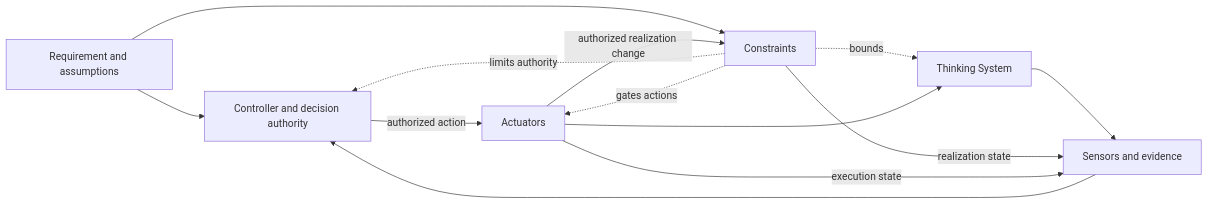
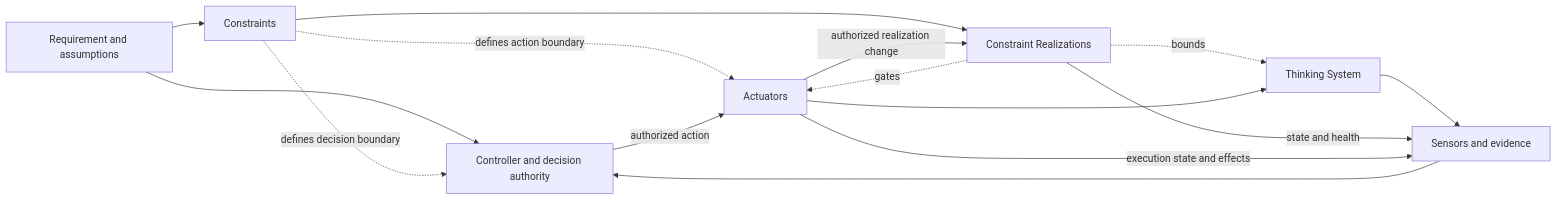
Before and after one commit to UncertaintyArchitectureGroup/uncertainty-architecture: the third of 4 diagrams in 00-doctrine/uncertainty-in-the-controlled-object.md, drawn with Mermaid. The commit also changed other lines of this file, not shown here.

Commit message:
docs: expose realizations in controlled-object doctrine

````diff
--- a/00-doctrine/uncertainty-in-the-controlled-object.md
+++ b/00-doctrine/uncertainty-in-the-controlled-object.md
@@ -231,22 +173,25 @@
 ```mermaid
 flowchart LR
     R[Requirement and assumptions]
     K[Constraints]
+    KR[Constraint Realizations]
     P[Thinking System]
     S[Sensors and evidence]
     C[Controller and decision authority]
     A[Actuators]
 
     R --> C
     R --> K
-    K -. bounds .-> P
-    K -. limits authority .-> C
-    K -. gates actions .-> A
+    K --> KR
+    K -. defines decision boundary .-> C
+    K -. defines action boundary .-> A
+    KR -. bounds .-> P
+    KR -. gates .-> A
     P --> S
-    K -->|realization state| S
-    A -->|execution state| S
+    KR -->|state and health| S
+    A -->|execution state and effects| S
     S --> C
     C -->|authorized action| A
     A --> P
-    A -->|authorized realization change| K
+    A -->|authorized realization change| KR
 ```
````
